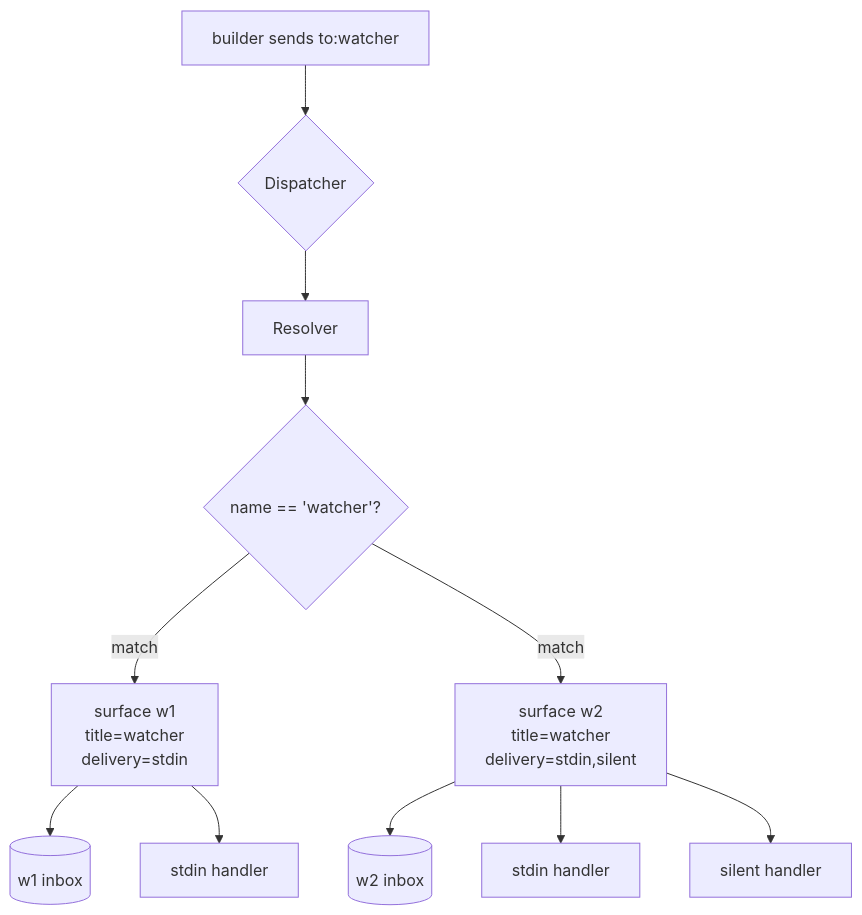
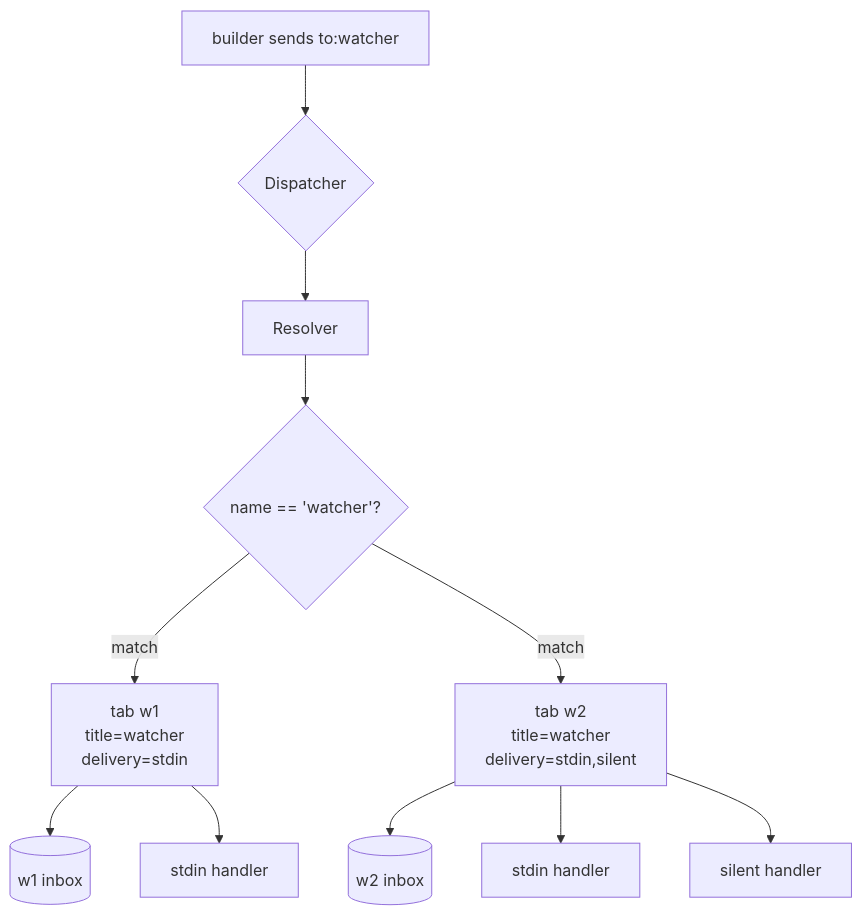
The fifth of 6 diagrams in docs/c11-mailbox-guide.md (Stage-11-Agentics/c11), drawn with Mermaid before and after one commit. The commit also changed other lines of this file and 59 other files, not shown here.

````diff
--- a/docs/c11-mailbox-guide.md
+++ b/docs/c11-mailbox-guide.md
@@ -326,13 +326,13 @@
 ```mermaid
 flowchart TB
     S[builder sends to:watcher] --> D{Dispatcher}
     D --> R[Resolver]
     R --> M{name == 'watcher'?}
-    M -- match --> W1[surface w1<br/>title=watcher<br/>delivery=stdin]
-    M -- match --> W2[surface w2<br/>title=watcher<br/>delivery=stdin,silent]
+    M -- match --> W1[tab w1<br/>title=watcher<br/>delivery=stdin]
+    M -- match --> W2[tab w2<br/>title=watcher<br/>delivery=stdin,silent]
     W1 --> I1[(w1 inbox)]
     W2 --> I2[(w2 inbox)]
     W1 --> H1[stdin handler]
     W2 --> H2a[stdin handler]
     W2 --> H2b[silent handler]
 ```
````
